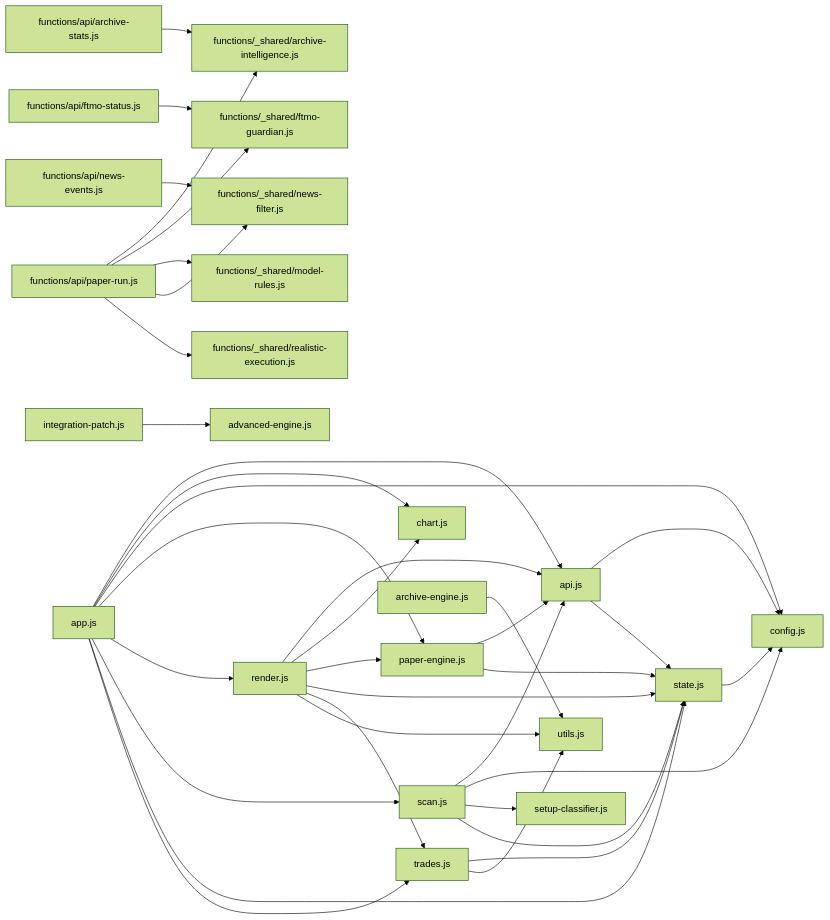
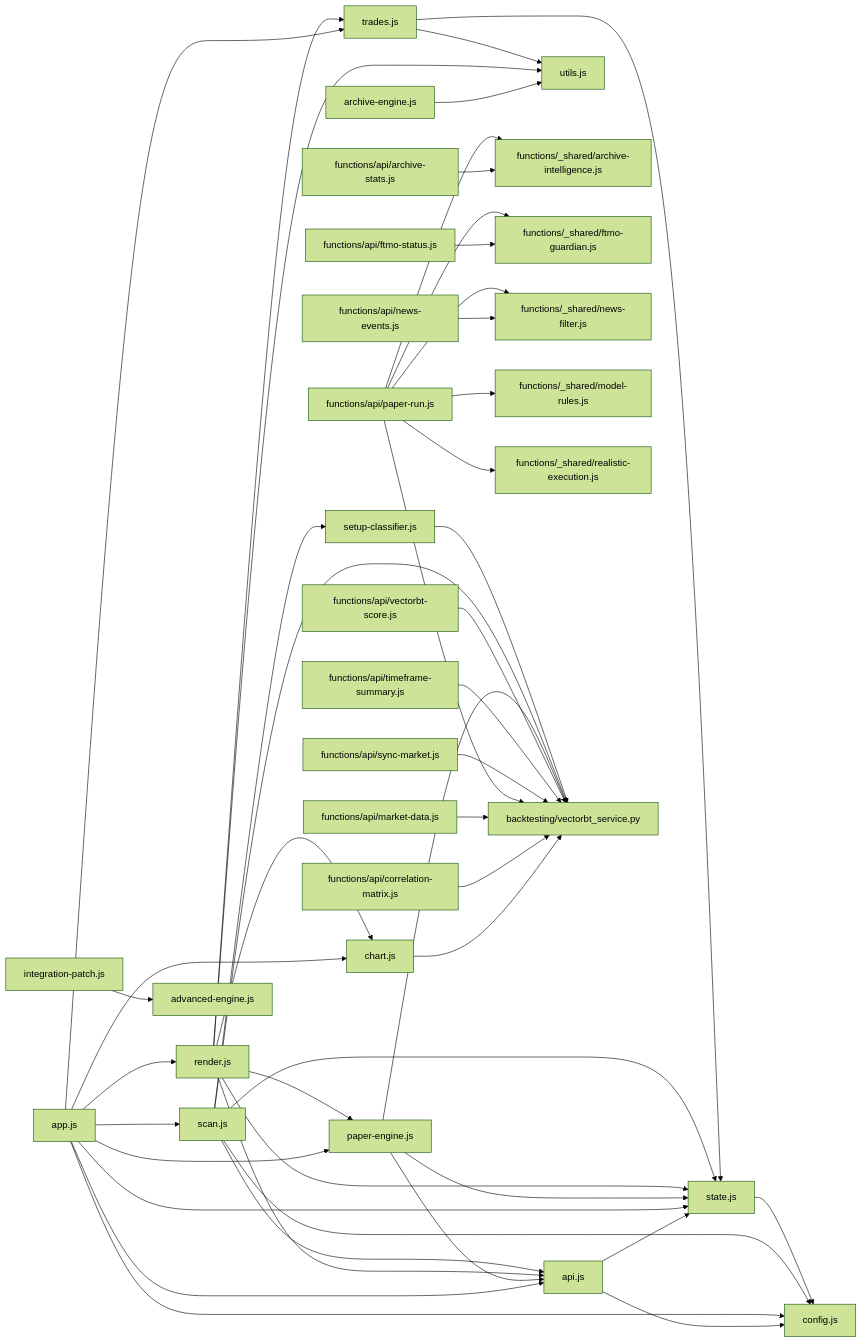
Before and after one commit to dbrckk/FTMO: the diagram in .ai/brain/architecture.mmd, drawn with Mermaid (forest theme). The commit also changed 20 other files, not shown here.

```diff
--- a/.ai/brain/architecture.mmd
+++ b/.ai/brain/architecture.mmd
@@ -1,36 +1,46 @@
 flowchart LR
   nb2a8048caa["api.js"] --> n1677f29b39["config.js"]
   nb2a8048caa["api.js"] --> n4034b746dc["state.js"]
   n4a68969ef8["app.js"] --> nb2a8048caa["api.js"]
   n4a68969ef8["app.js"] --> na2ebf9eae1["chart.js"]
   n4a68969ef8["app.js"] --> n1677f29b39["config.js"]
   n4a68969ef8["app.js"] --> n731cef3783["paper-engine.js"]
   n4a68969ef8["app.js"] --> n598c430a95["render.js"]
   n4a68969ef8["app.js"] --> ncee4381f48["scan.js"]
   n4a68969ef8["app.js"] --> n4034b746dc["state.js"]
   n4a68969ef8["app.js"] --> nf513774238["trades.js"]
   n217a934222["archive-engine.js"] --> n30191ed7fa["utils.js"]
   nf0b2f10721["functions/api/archive-stats.js"] --> n80b3aa5693["functions/_shared/archive-intelligence.js"]
   nae759d389f["functions/api/ftmo-status.js"] --> nc27bf70b62["functions/_shared/ftmo-guardian.js"]
   ndc8e02f291["functions/api/news-events.js"] --> nf753ad40bd["functions/_shared/news-filter.js"]
   ndf2e75c5b4["functions/api/paper-run.js"] --> n80b3aa5693["functions/_shared/archive-intelligence.js"]
   ndf2e75c5b4["functions/api/paper-run.js"] --> nc27bf70b62["functions/_shared/ftmo-guardian.js"]
   ndf2e75c5b4["functions/api/paper-run.js"] --> ncbcb65dc50["functions/_shared/model-rules.js"]
   ndf2e75c5b4["functions/api/paper-run.js"] --> nf753ad40bd["functions/_shared/news-filter.js"]
   ndf2e75c5b4["functions/api/paper-run.js"] --> nc46bc82c17["functions/_shared/realistic-execution.js"]
   naa343953b0["integration-patch.js"] --> n4655164a77["advanced-engine.js"]
   n731cef3783["paper-engine.js"] --> nb2a8048caa["api.js"]
   n731cef3783["paper-engine.js"] --> n4034b746dc["state.js"]
   n598c430a95["render.js"] --> nb2a8048caa["api.js"]
   n598c430a95["render.js"] --> na2ebf9eae1["chart.js"]
   n598c430a95["render.js"] --> n731cef3783["paper-engine.js"]
   n598c430a95["render.js"] --> n4034b746dc["state.js"]
   n598c430a95["render.js"] --> nf513774238["trades.js"]
   n598c430a95["render.js"] --> n30191ed7fa["utils.js"]
   ncee4381f48["scan.js"] --> nb2a8048caa["api.js"]
   ncee4381f48["scan.js"] --> n1677f29b39["config.js"]
   ncee4381f48["scan.js"] --> nd4763afc18["setup-classifier.js"]
   ncee4381f48["scan.js"] --> n4034b746dc["state.js"]
   n4034b746dc["state.js"] --> n1677f29b39["config.js"]
   nf513774238["trades.js"] --> n4034b746dc["state.js"]
   nf513774238["trades.js"] --> n30191ed7fa["utils.js"]
+  na2ebf9eae1["chart.js"] --> nb830b2cef6["backtesting/vectorbt_service.py"]
+  n3274440179["functions/api/correlation-matrix.js"] --> nb830b2cef6["backtesting/vectorbt_service.py"]
+  ne10d774765["functions/api/market-data.js"] --> nb830b2cef6["backtesting/vectorbt_service.py"]
+  ndf2e75c5b4["functions/api/paper-run.js"] --> nb830b2cef6["backtesting/vectorbt_service.py"]
+  n7fa199b0b1["functions/api/sync-market.js"] --> nb830b2cef6["backtesting/vectorbt_service.py"]
+  nf21ce21cdc["functions/api/timeframe-summary.js"] --> nb830b2cef6["backtesting/vectorbt_service.py"]
+  n3a2cf72fd0["functions/api/vectorbt-score.js"] --> nb830b2cef6["backtesting/vectorbt_service.py"]
+  n731cef3783["paper-engine.js"] --> nb830b2cef6["backtesting/vectorbt_service.py"]
+  ncee4381f48["scan.js"] --> nb830b2cef6["backtesting/vectorbt_service.py"]
+  nd4763afc18["setup-classifier.js"] --> nb830b2cef6["backtesting/vectorbt_service.py"]
```
